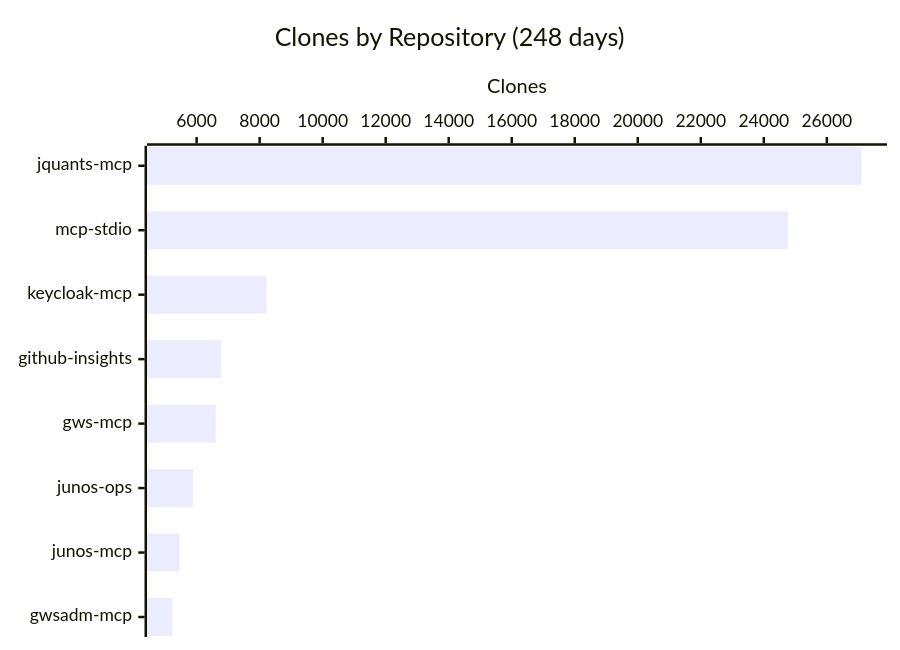
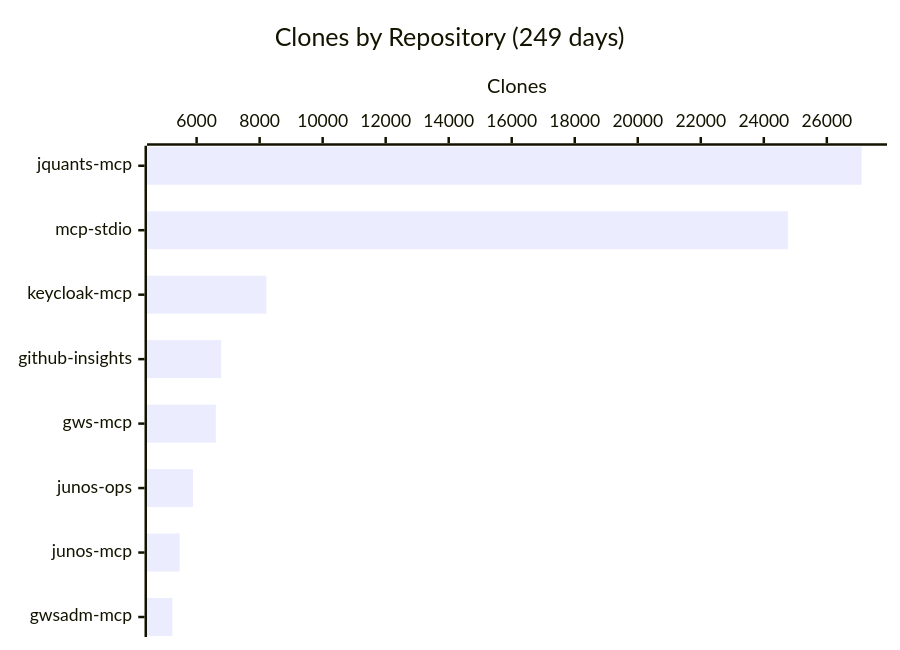
The fourth of 4 diagrams in README.md (shigechika/github-insights), drawn with Mermaid before and after one commit. The commit also changed other lines of this file and 1 other file, not shown here.

````diff
--- a/README.md
+++ b/README.md
@@ -58,7 +58,7 @@
 ```mermaid
 xychart-beta horizontal
-    title "Clones by Repository (248 days)"
+    title "Clones by Repository (249 days)"
     x-axis ["jquants-mcp", "mcp-stdio", "keycloak-mcp", "github-insights", "gws-mcp", "junos-ops", "junos-mcp", "gwsadm-mcp"]
     y-axis "Clones"
     bar [27104, 24770, 8215, 6780, 6610, 5886, 5461, 5231]
 ```
````
